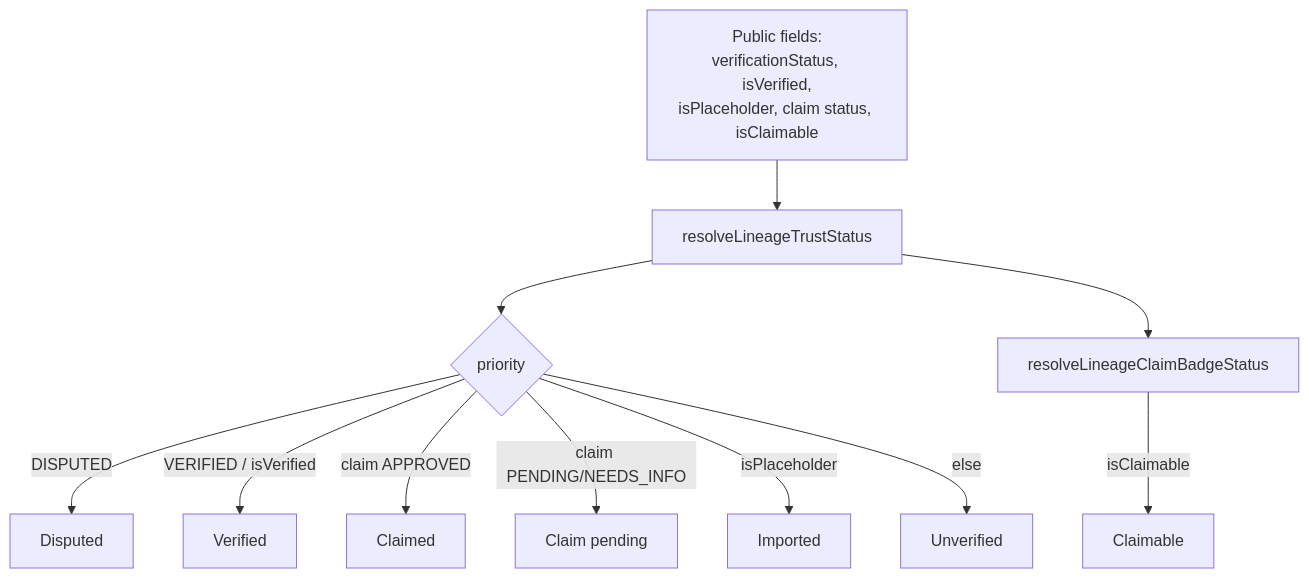
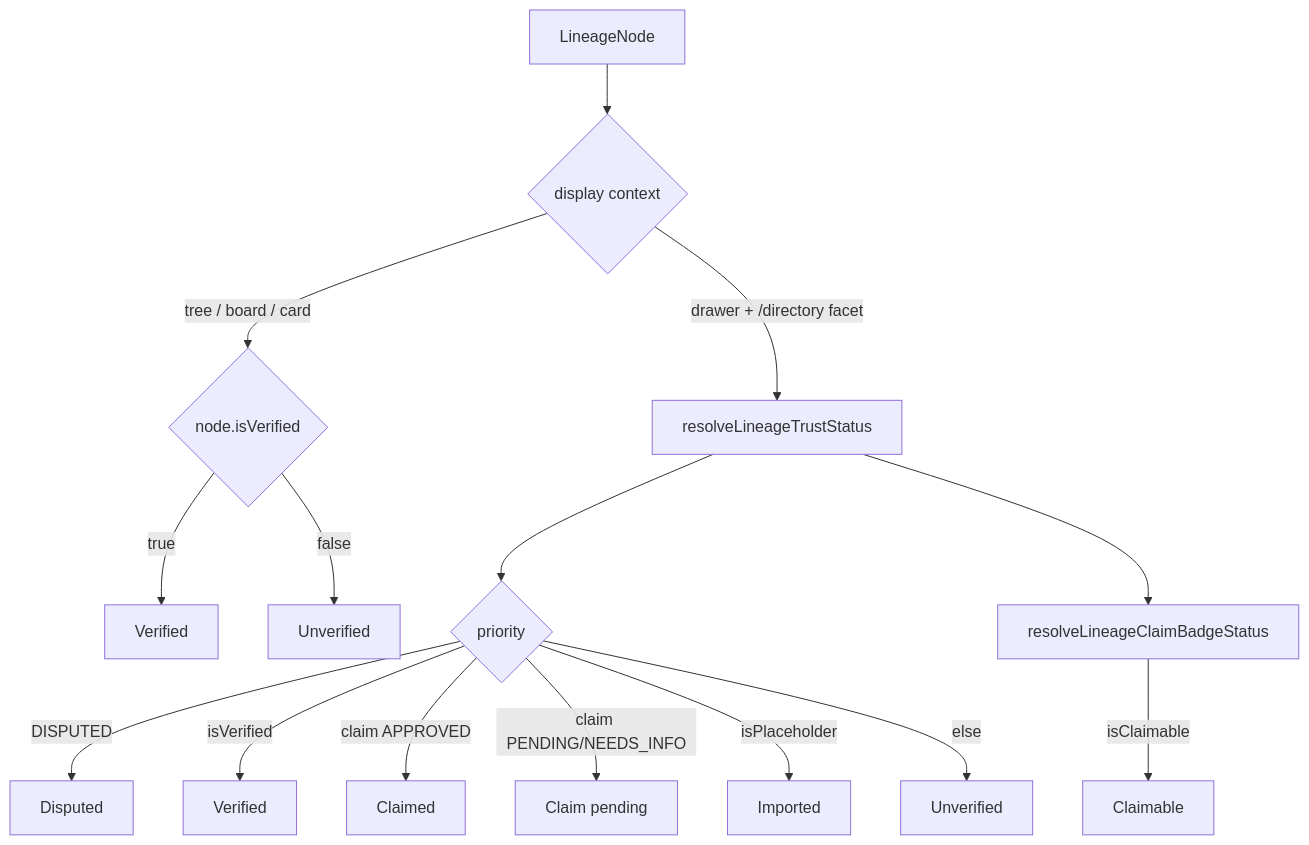
The second of 4 diagrams in docs/runbooks/sops/lineage-data-wiring-flow.md (Ronin-Dojo-Design/ronin-dojo-baseline), drawn with Mermaid before and after one commit. The commit also changed other lines of this file and 8 other files, not shown here.

````diff
--- a/docs/runbooks/sops/lineage-data-wiring-flow.md
+++ b/docs/runbooks/sops/lineage-data-wiring-flow.md
@@ -130,12 +147,16 @@
 ```mermaid
 flowchart TD
-    IN[Public fields:\nverificationStatus, isVerified,\nisPlaceholder, claim status, isClaimable] --> R[resolveLineageTrustStatus]
+    N[LineageNode] --> CTX{display context}
+    CTX -->|tree / board / card| BIN{node.isVerified}
+    BIN -->|true| V1[Verified]
+    BIN -->|false| V2[Unverified]
+    CTX -->|drawer + /directory facet| R[resolveLineageTrustStatus]
     R --> D{priority}
     D -->|DISPUTED| B1[Disputed]
-    D -->|VERIFIED / isVerified| B2[Verified]
+    D -->|isVerified| B2[Verified]
     D -->|claim APPROVED| B3[Claimed]
     D -->|claim PENDING/NEEDS_INFO| B4[Claim pending]
     D -->|isPlaceholder| B5[Imported]
     D -->|else| B6[Unverified]
     R --> CB[resolveLineageClaimBadgeStatus] -->|isClaimable| B7[Claimable]
 ```
````
